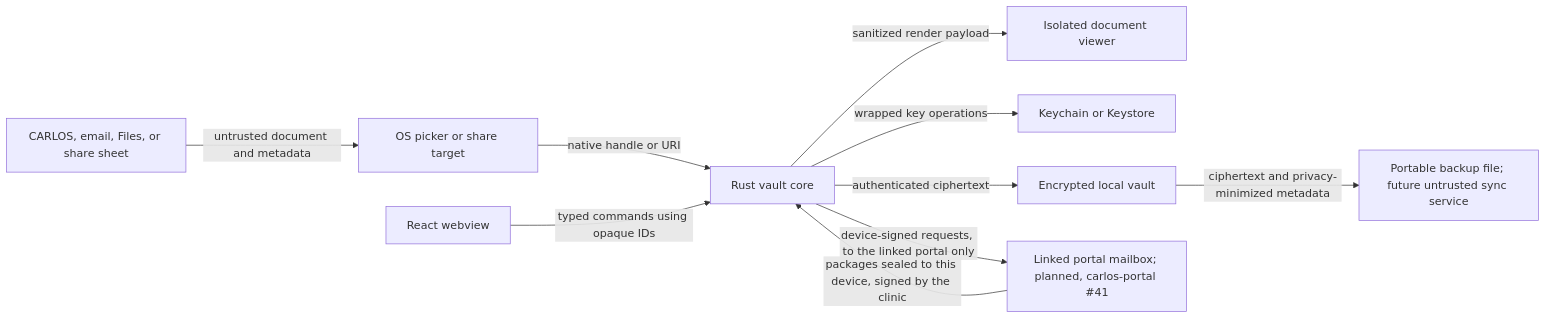
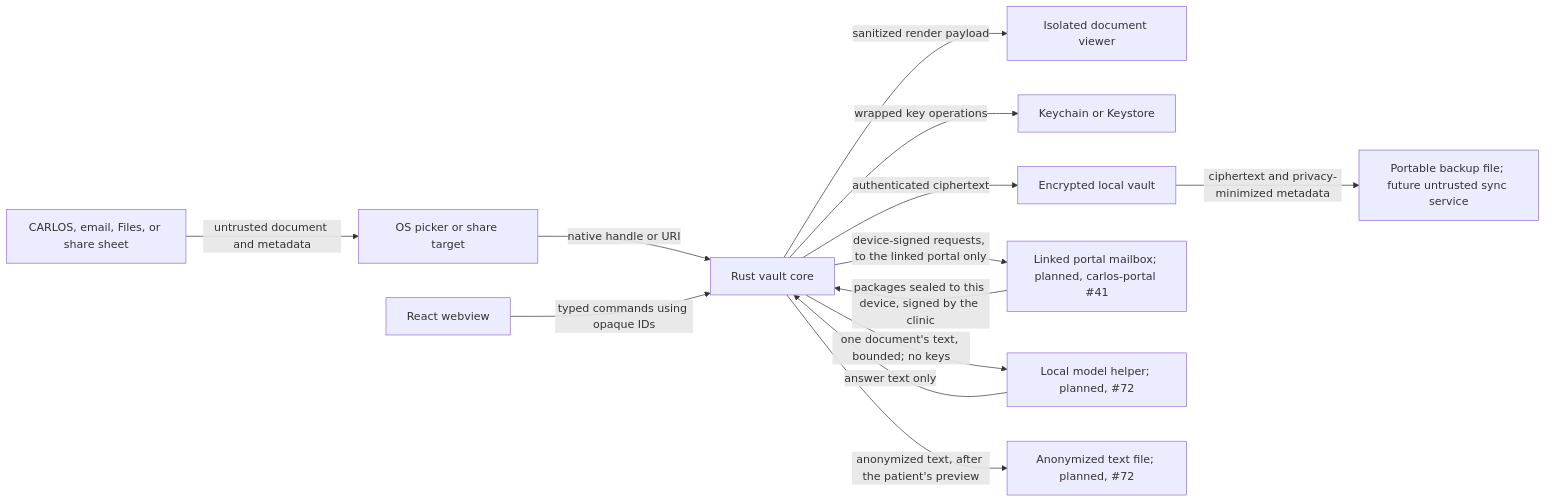
Before and after one commit to carlos-emr/mycarlos: the diagram in THREAT_MODEL.md, drawn with Mermaid. The commit also changed other lines of this file and 4 other files, not shown here.

First line of the commit message:
docs: threat model, MASVS, operations and privacy notes for the AI helper (#72 part A)

````diff
--- a/THREAT_MODEL.md
+++ b/THREAT_MODEL.md
@@ -58,22 +60,27 @@
 ```mermaid
 flowchart LR
     Source[CARLOS, email, Files, or share sheet]
     Picker[OS picker or share target]
     UI[React webview]
     Core[Rust vault core]
     Viewer[Isolated document viewer]
     Keys[Keychain or Keystore]
     Vault[Encrypted local vault]
     Backup[Portable backup file; future untrusted sync service]
     Portal[Linked portal mailbox; planned, carlos-portal #41]
+    Model[Local model helper; planned, #72]
+    Export[Anonymized text file; planned, #72]
 
     Source -->|untrusted document and metadata| Picker
     Picker -->|native handle or URI| Core
     UI -->|typed commands using opaque IDs| Core
     Core -->|sanitized render payload| Viewer
     Core -->|wrapped key operations| Keys
     Core -->|authenticated ciphertext| Vault
     Vault -->|ciphertext and privacy-minimized metadata| Backup
     Core -->|device-signed requests, to the linked portal only| Portal
     Portal -->|packages sealed to this device, signed by the clinic| Core
+    Core -->|one document's text, bounded; no keys| Model
+    Model -->|answer text only| Core
+    Core -->|anonymized text, after the patient's preview| Export
 ```
````
